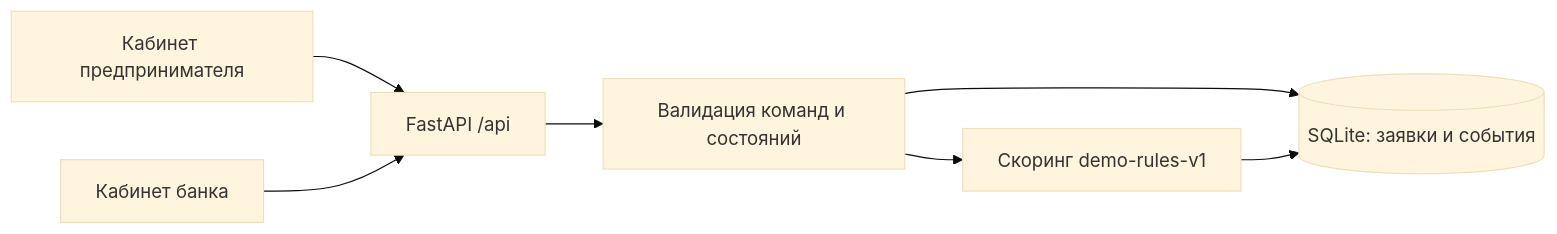
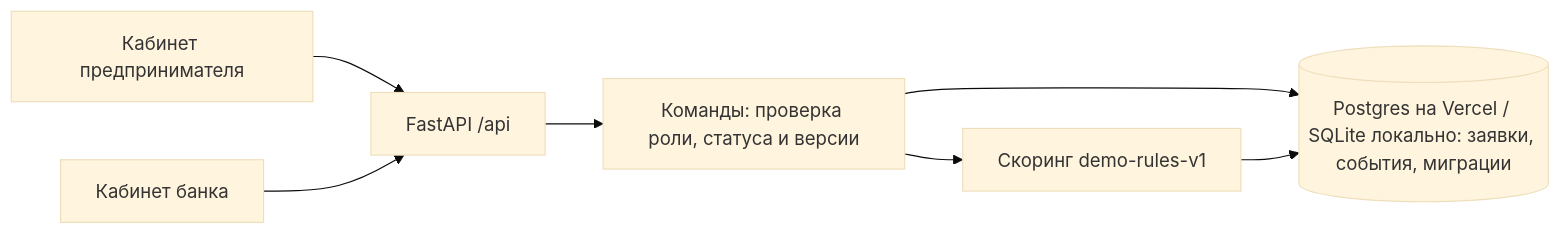
Before and after one commit to brainwhat/alfa-navigator: the first of 2 diagrams in docs/architecture.md, drawn with Mermaid (base theme). The commit also changed other lines of this file and 21 other files, not shown here.

````diff
--- a/docs/architecture.md
+++ b/docs/architecture.md
@@ -9,9 +9,9 @@
 ```mermaid
 flowchart LR
  Client[Кабинет предпринимателя] --> API[FastAPI /api]
  Bank[Кабинет банка] --> API
- API --> Validation[Валидация команд и состояний]
- Validation --> Policy[Скоринг demo-rules-v1]
- Validation --> SQLite[(SQLite: заявки и события)]
- Policy --> SQLite
+ API --> Commands[Команды: проверка роли, статуса и версии]
+ Commands --> Policy[Скоринг demo-rules-v1]
+ Commands --> DB[(Postgres на Vercel / SQLite локально: заявки, события, миграции)]
+ Policy --> DB
 ```
````
